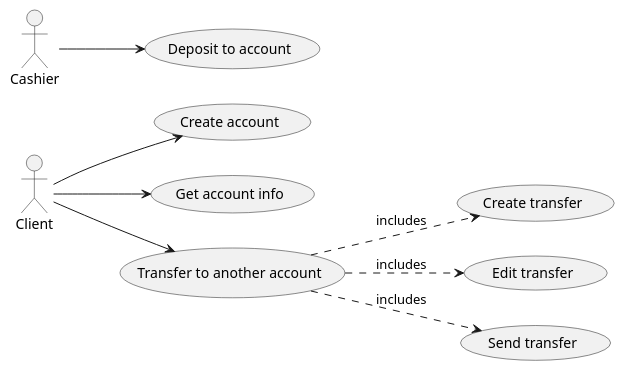
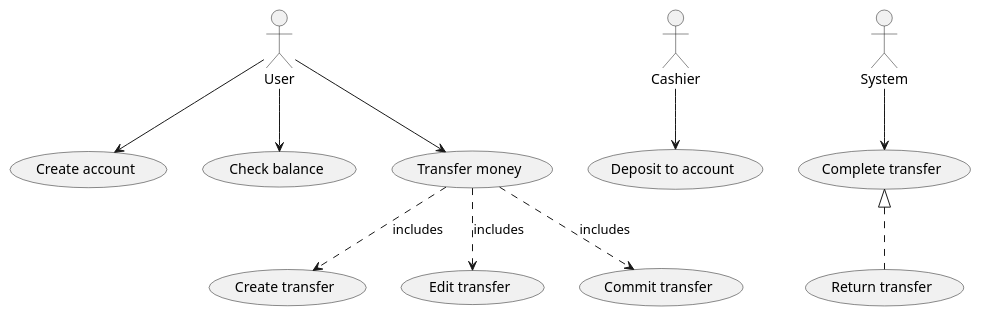
One commit to samfrown/jjtransfer changed the diagram in design/usecases.puml. Above: the diagram before and after it, drawn with PlantUML. The commit also changed 9 other files, not shown here.

```diff
--- a/design/usecases.puml
+++ b/design/usecases.puml
@@ -1,10 +1,11 @@
 @startuml
-left to right direction
-Client --> (Create account)
+User --> (Create account)
 Cashier --> (Deposit to account)
-Client --> (Get account info)
-Client --> (Transfer to another account)
-(Transfer to another account) ..> (Create transfer): includes
-(Transfer to another account) ..> (Edit transfer): includes
-(Transfer to another account) ..> (Send transfer): includes
+User --> (Check balance)
+User --> (Transfer money)
+(Transfer money) ..> (Create transfer): includes
+(Transfer money) ..> (Edit transfer): includes
+(Transfer money) ..> (Commit transfer): includes
+System --> (Complete transfer)
+(Complete transfer) <|.. (Return transfer)
 @enduml
```
